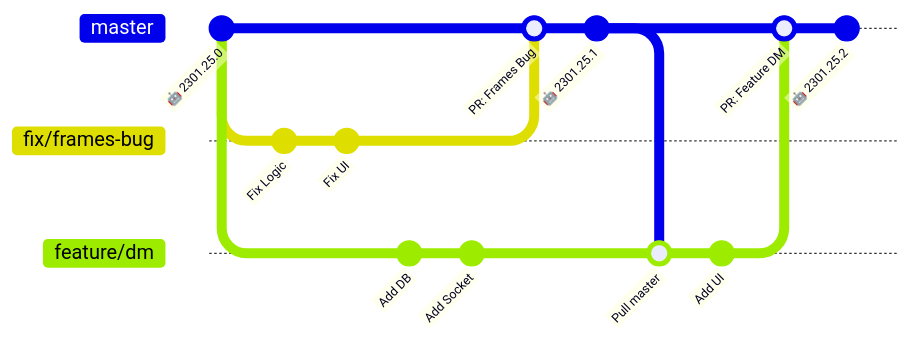
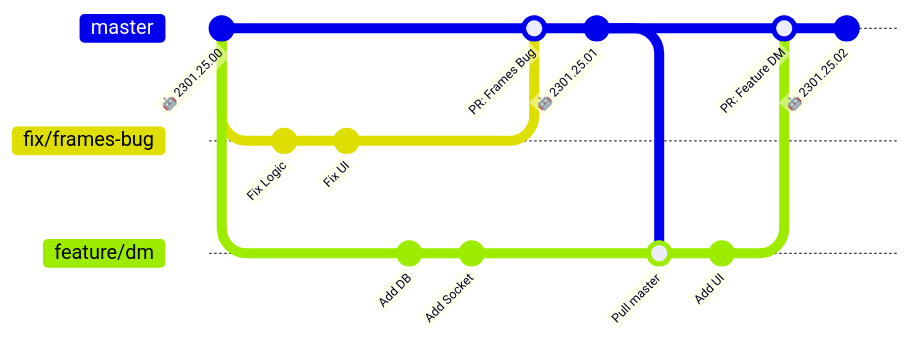
The first of 4 diagrams in README.md (okmanideep/app-branching-strategy), drawn with Mermaid before and after one commit. The commit also changed other lines of this file and 2 other files, not shown here.

````diff
--- a/README.md
+++ b/README.md
@@ -67,22 +67,22 @@
 ```mermaid
 %%{init: { 'gitGraph': {'mainBranchName': 'master', 'showCommitLabel': true}} }%%
 
 gitGraph
-	commit id: "🤖 2301.25.0"
+	commit id: "🤖 2301.25.00"
 	branch fix/frames-bug
 	commit id: "Fix Logic"
 	commit id: "Fix UI"
 	checkout master
 	branch feature/dm
 	commit id: "Add DB"
 	commit id: "Add Socket"
 	checkout master
 	merge fix/frames-bug id: "PR: Frames Bug"
-	commit id: "🤖 2301.25.1"
+	commit id: "🤖 2301.25.01"
 	checkout feature/dm
 	merge master id: "Pull master"
 	commit id: "Add UI"
 	checkout master
 	merge feature/dm id: "PR: Feature DM"
-	commit id: "🤖 2301.25.2"
+	commit id: "🤖 2301.25.02"
 ```
````
